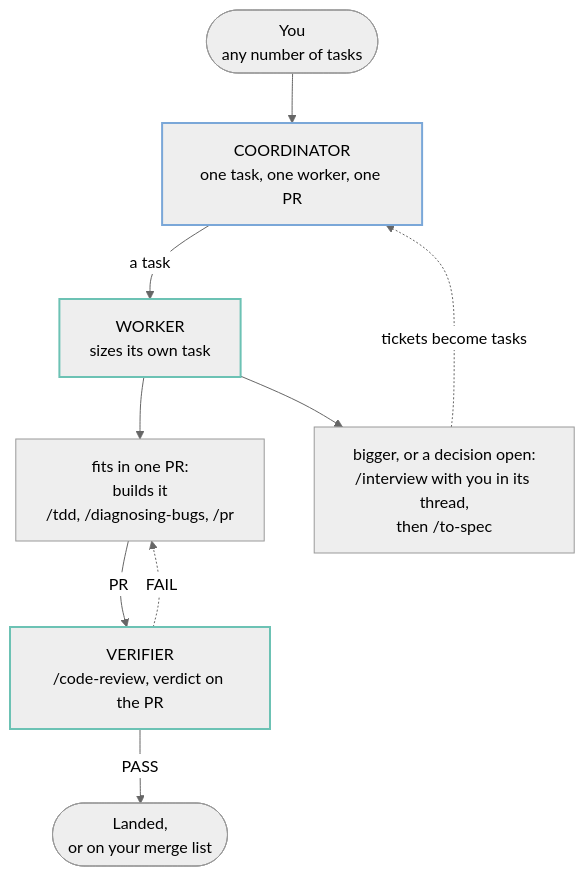
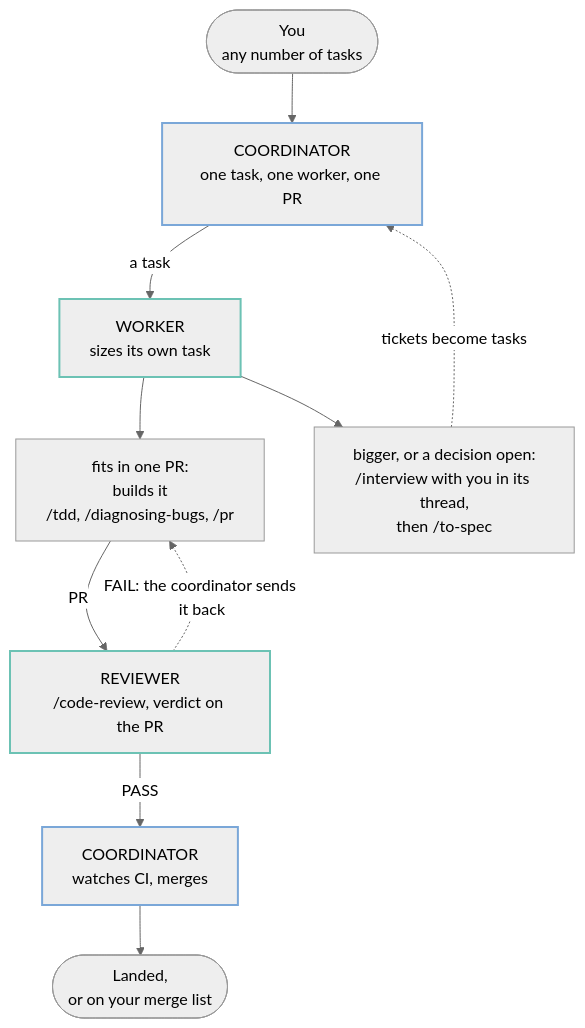
Before and after one commit to dante-sparras/skills: the diagram in README.md, drawn with Mermaid (neutral theme). The commit also changed other lines of this file and 5 other files, not shown here.

First line of the commit message:
refactor(auto-mode): have the coordinator send the reviewer, watch CI, and merge (#29)

````diff
--- a/README.md
+++ b/README.md
@@ -16,23 +16,26 @@
 ```mermaid
 flowchart TB
     you(["You<br/>any number of tasks"])
     coord["COORDINATOR<br/>one task, one worker, one PR"]
     worker["WORKER<br/>sizes its own task"]
     build["fits in one PR:<br/>builds it<br/>/tdd, /diagnosing-bugs, /pr"]
     split["bigger, or a decision open:<br/>/interview with you in its thread,<br/>then /to-spec"]
-    verifier["VERIFIER<br/>/code-review, verdict on the PR"]
+    reviewer["REVIEWER<br/>/code-review, verdict on the PR"]
+    merge["COORDINATOR<br/>watches CI, merges"]
     land(["Landed,<br/>or on your merge list"])
 
     you --> coord
     coord -->|a task| worker
     worker --> build
     worker --> split
     split -.->|tickets become tasks| coord
-    build -->|PR| verifier
-    verifier -->|PASS| land
-    verifier -.->|FAIL| build
+    build -->|PR| reviewer
+    reviewer -->|PASS| merge
+    merge --> land
+    reviewer -.->|"FAIL: the coordinator sends it back"| build
 
     style coord stroke:#7aa7d8,stroke-width:2px
     style worker stroke:#6cc2b4,stroke-width:2px
-    style verifier stroke:#6cc2b4,stroke-width:2px
+    style reviewer stroke:#6cc2b4,stroke-width:2px
+    style merge stroke:#7aa7d8,stroke-width:2px
 ```
````
